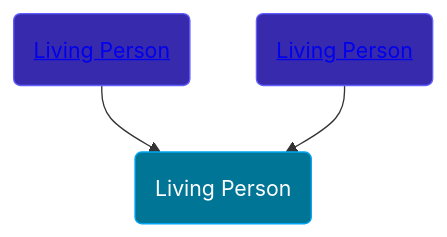
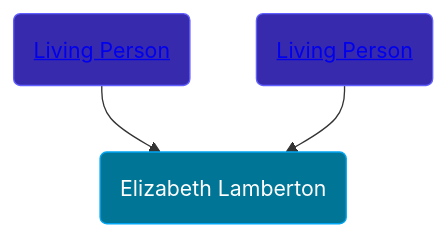
The diagram in pages/people/3/33832688.md (wpmgotkh/wpmgotkh.github.io), drawn with Mermaid before and after one commit. The commit also changed other lines of this file and 586 other files, not shown here.

Commit message:
feat: better shouldConsiderPersonLiving algo

````diff
--- a/pages/people/3/33832688.md
+++ b/pages/people/3/33832688.md
@@ -10,9 +10,9 @@
 ```mermaid
 graph
 classDef grands fill:#193cb8,stroke:#2b7fff,stroke-width:1px,color:#fff;
 classDef parents fill:#372aac,stroke:#615fff,stroke-width:1px,color:#fff;
 classDef primary fill:#007595,stroke:#00a6f4,stroke-width:1px,color:#fff;
-33832688(Living Person):::primary
+33832688(Elizabeth Lamberton):::primary
 11966920(<a class="text-white" href="/people/1/11966920">Living Person</a>):::parents-->33832688
 41755336(<a class="text-white" href="/people/4/41755336">Living Person</a>):::parents-->33832688
 ```
````
